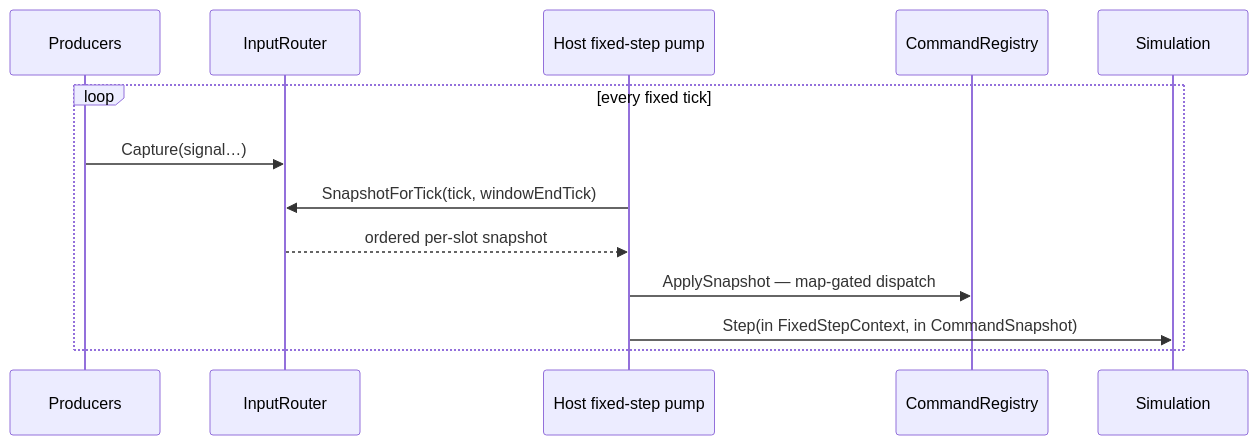
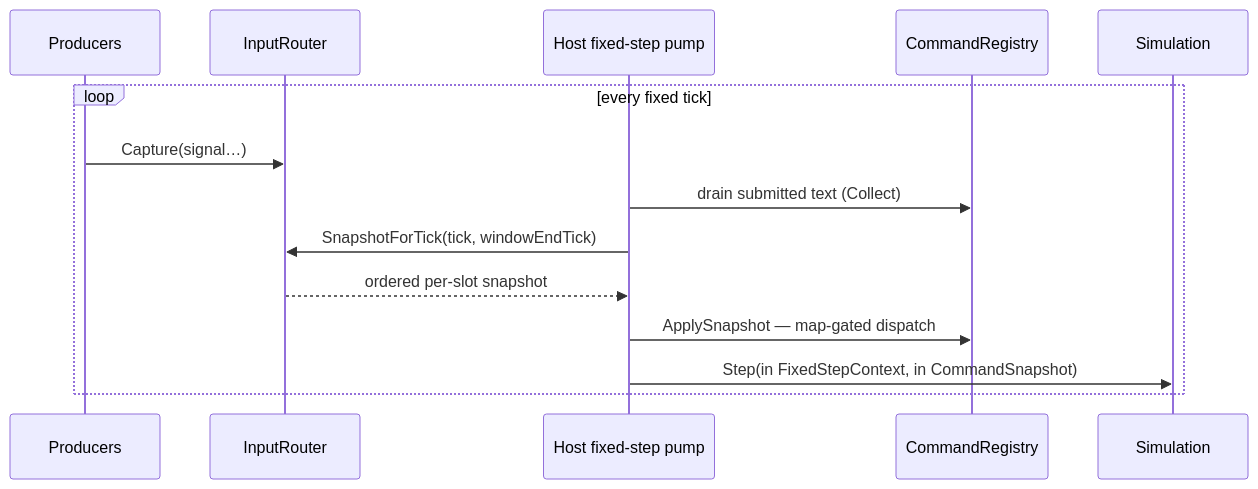
The second of 2 diagrams in docs/reference/commands.md (ByteTerrace/Puck), drawn with Mermaid before and after one commit. The commit also changed other lines of this file and 4567 other files, not shown here.

````diff
--- a/docs/reference/commands.md
+++ b/docs/reference/commands.md
@@ -62,15 +63,16 @@
 ```mermaid
 sequenceDiagram
     participant P as Producers
     participant R as InputRouter
     participant H as Host fixed-step pump
     participant G as CommandRegistry
     participant S as Simulation
     loop every fixed tick
         P->>R: Capture(signal…)
+        H->>G: drain submitted text (Collect)
         H->>R: SnapshotForTick(tick, windowEndTick)
         R-->>H: ordered per-slot snapshot
         H->>G: ApplySnapshot — map-gated dispatch
         H->>S: Step(in FixedStepContext, in CommandSnapshot)
     end
 ```
````
